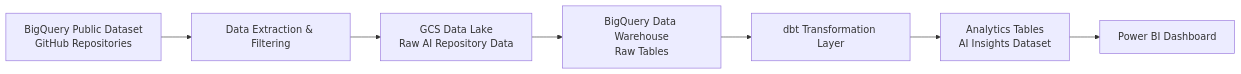
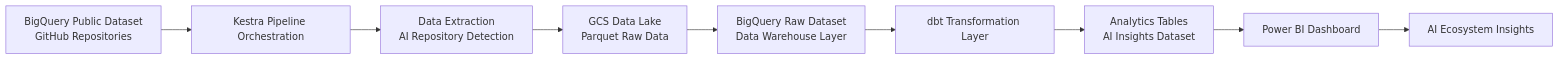
The first of 2 diagrams in project1/README2.md (imend35/DataTalksClub-data-engineering-zoomcamp), drawn with Mermaid before and after one commit. The commit also changed other lines of this file, not shown here.

````diff
--- a/project1/README2.md
+++ b/project1/README2.md
@@ -28,16 +28,22 @@
 ```mermaid
 flowchart LR
 
-A[BigQuery Public Dataset<br>GitHub Repositories] --> B[Data Extraction & Filtering]
+A[BigQuery Public Dataset<br>GitHub Repositories]
 
-B --> C[GCS Data Lake<br>Raw AI Repository Data]
+A --> B[Kestra Pipeline Orchestration]
 
-C --> D[BigQuery Data Warehouse<br>Raw Tables]
+B --> C[Data Extraction<br>AI Repository Detection]
 
-D --> E[dbt Transformation Layer]
+C --> D[GCS Data Lake<br>Parquet Raw Data]
 
-E --> F[Analytics Tables<br>AI Insights Dataset]
+D --> E[BigQuery Raw Dataset<br>Data Warehouse Layer]
 
-F --> G[Power BI Dashboard]
+E --> F[dbt Transformation Layer]
+
+F --> G[Analytics Tables<br>AI Insights Dataset]
+
+G --> H[Power BI Dashboard]
+
+H --> I[AI Ecosystem Insights]
 
 ```
````
